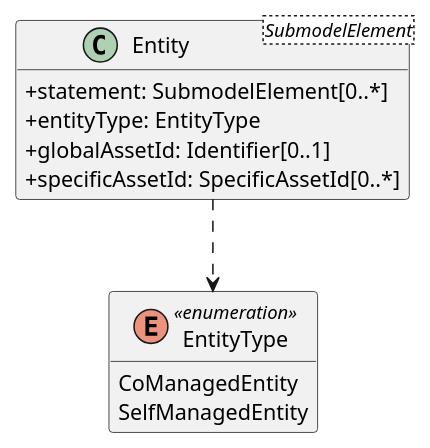
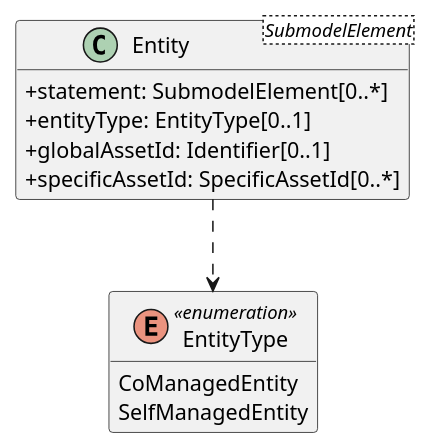
Before and after one commit to zrgt/py2puml: the diagram in output/34_Entity.puml, drawn with PlantUML. The commit also changed 13 other files, not shown here.

```diff
--- a/output/34_Entity.puml
+++ b/output/34_Entity.puml
@@ -1,16 +1,16 @@
 @startuml
 skinparam classAttributeIconSize 0
 hide methods
 
 class Entity<SubmodelElement> {
   +statement: SubmodelElement[0..*] 
-  +entityType: EntityType 
+  +entityType: EntityType[0..1] 
   +globalAssetId: Identifier[0..1] 
   +specificAssetId: SpecificAssetId[0..*] 
 }
 enum EntityType <<enumeration>> {
   CoManagedEntity
   SelfManagedEntity
 }
 Entity ..> EntityType
 @enduml
```
